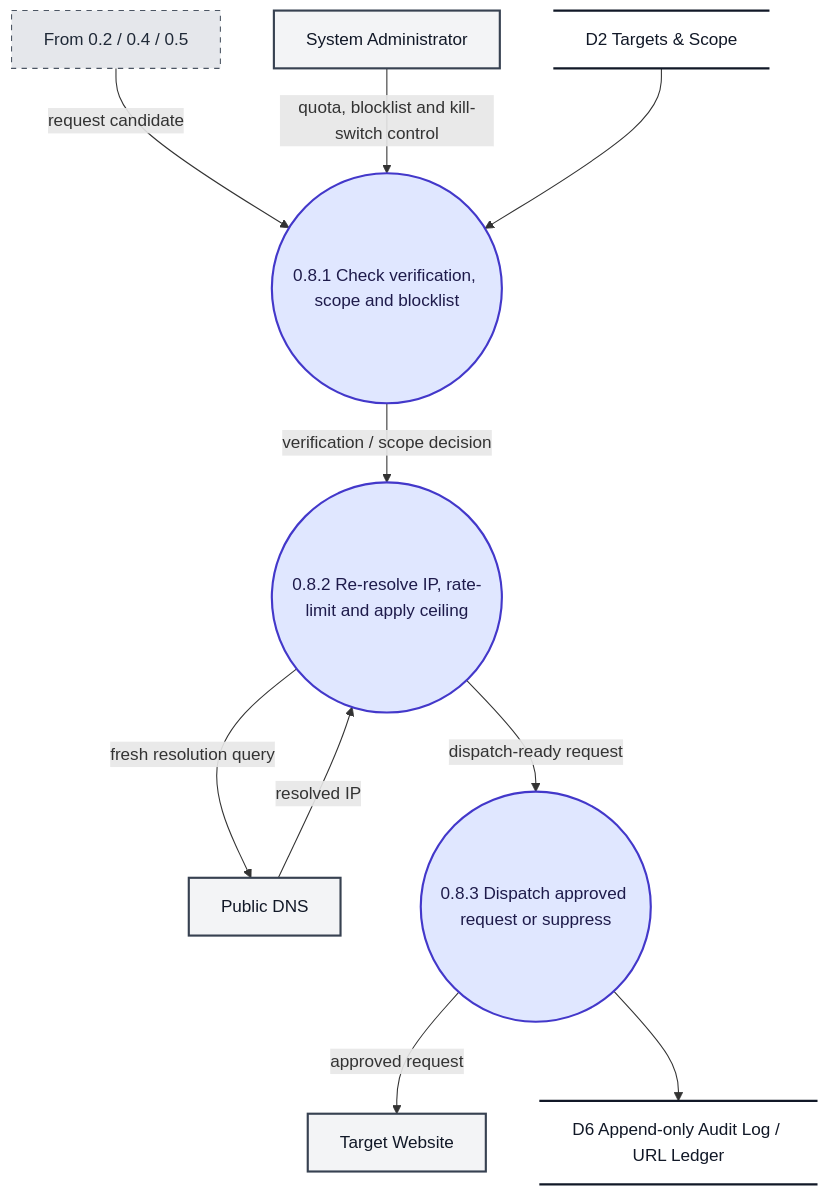
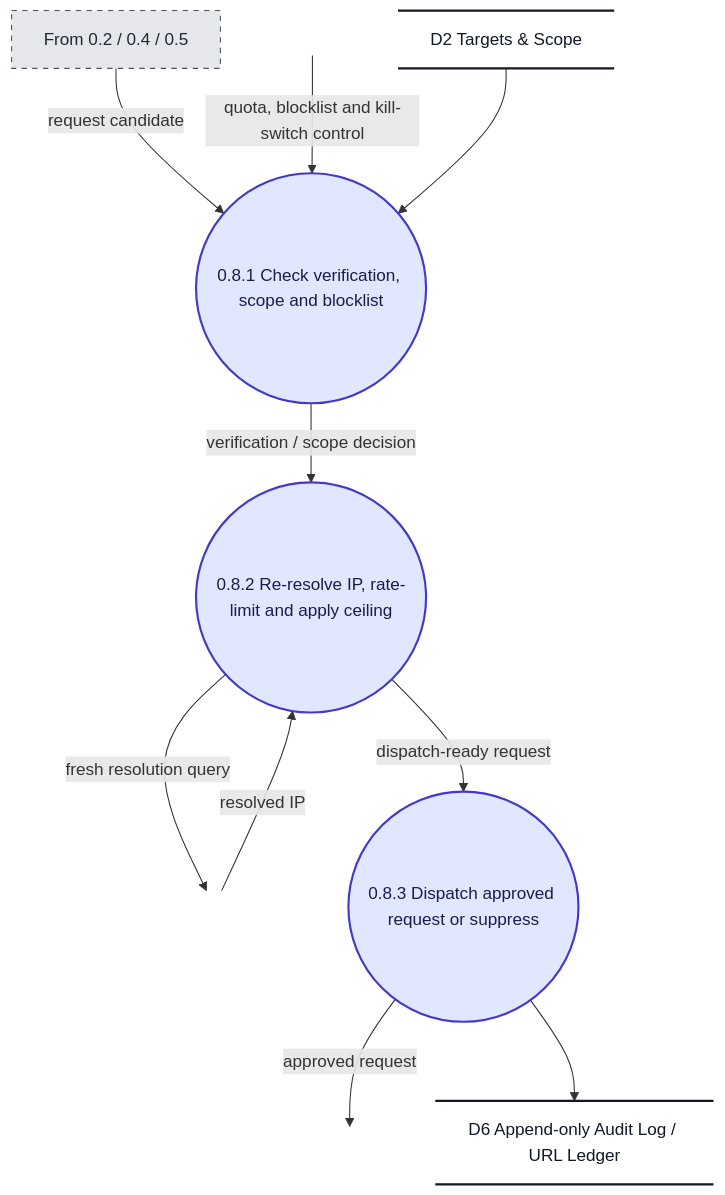
Before and after one commit to ksacheth/software-engineering: the diagram in docs/dfd/mermaid/f.8.mmd, drawn with Mermaid. The commit also changed 19 other files, not shown here.

```diff
--- a/docs/dfd/mermaid/f.8.mmd
+++ b/docs/dfd/mermaid/f.8.mmd
@@ -1,35 +1,37 @@
 flowchart TD
     %% Level 2 DFD - F.8 Safety, Auditing and Administration
+    %% External entities appear only in the Level 0 context diagram
+    %% (Rajib Mall, Ch. 6); boundary arrows carry cross-boundary flows.
 
     I_From["From 0.2 / 0.4 / 0.5"]
-    Admin["System Administrator"]
-    Target["Target Website"]
-    DNS["Public DNS"]
+    B_Admin[" "]
+    B_Target[" "]
+    B_DNS[" "]
 
     P81(("0.8.1 Check verification, scope and blocklist"))
     P82(("0.8.2 Re-resolve IP, rate-limit and apply ceiling"))
     P83(("0.8.3 Dispatch approved request or suppress"))
 
     D2@{ shape: datastore, label: "D2 Targets & Scope" }
     D6@{ shape: datastore, label: "D6 Append-only Audit Log / URL Ledger" }
 
     I_From -->|"request candidate"| P81
     P81 -->|"verification / scope decision"| P82
     P82 -->|"dispatch-ready request"| P83
-    P83 -->|"approved request"| Target
+    P83 -->|"approved request"| B_Target
 
-    Admin -->|"quota, blocklist and kill-switch control"| P81
+    B_Admin -->|"quota, blocklist and kill-switch control"| P81
     D2 --> P81
-    P82 -->|"fresh resolution query"| DNS
-    DNS -->|"resolved IP"| P82
+    P82 -->|"fresh resolution query"| B_DNS
+    B_DNS -->|"resolved IP"| P82
     P83 --> D6
 
     %% Styling
     classDef process fill:#e0e7ff,stroke:#4338ca,stroke-width:2px,color:#1e1b4b;
-    classDef entity fill:#f3f4f6,stroke:#374151,stroke-width:2px,color:#111827;
     classDef store fill:transparent,stroke:#111827,stroke-width:2px,color:#111827;
     classDef iface fill:#e5e7eb,stroke:#4b5563,stroke-width:1px,stroke-dasharray: 5 5,color:#1f2937;
+    classDef boundary fill:transparent,stroke:transparent,color:transparent;
     class P81,P82,P83 process;
-    class Admin,Target,DNS entity;
     class D2,D6 store;
     class I_From iface;
+    class B_Admin,B_Target,B_DNS boundary;
```
